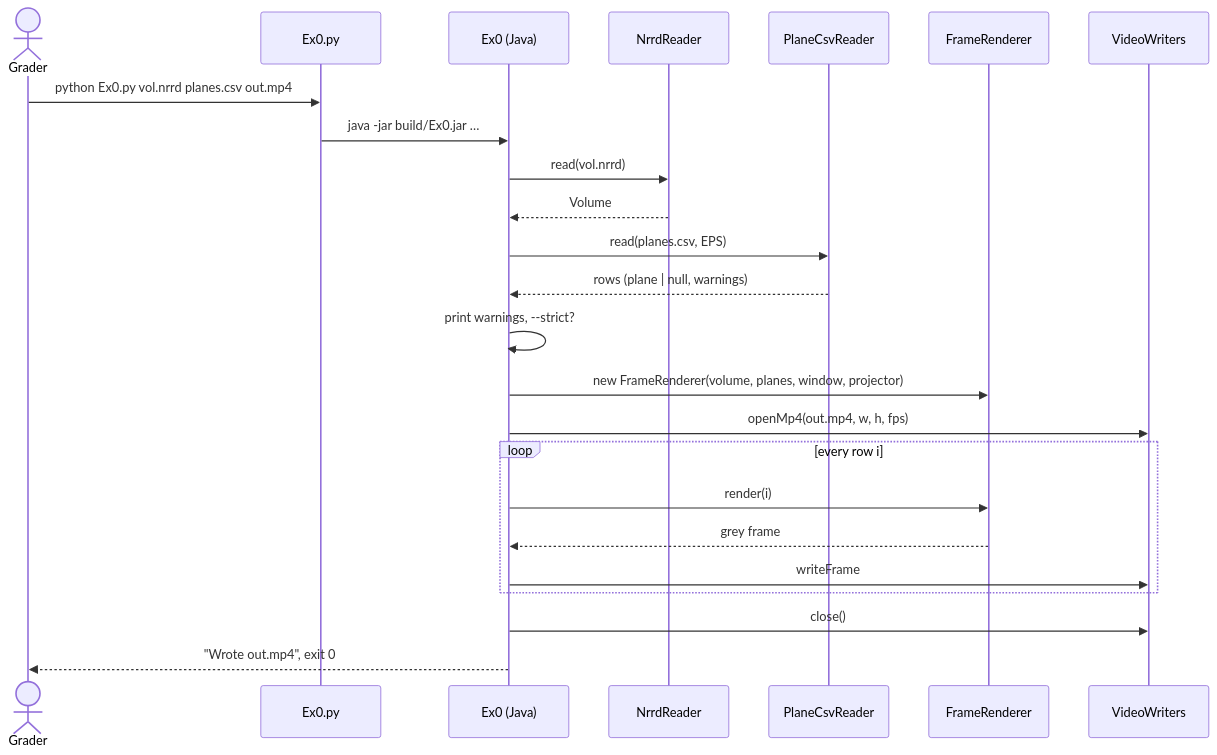
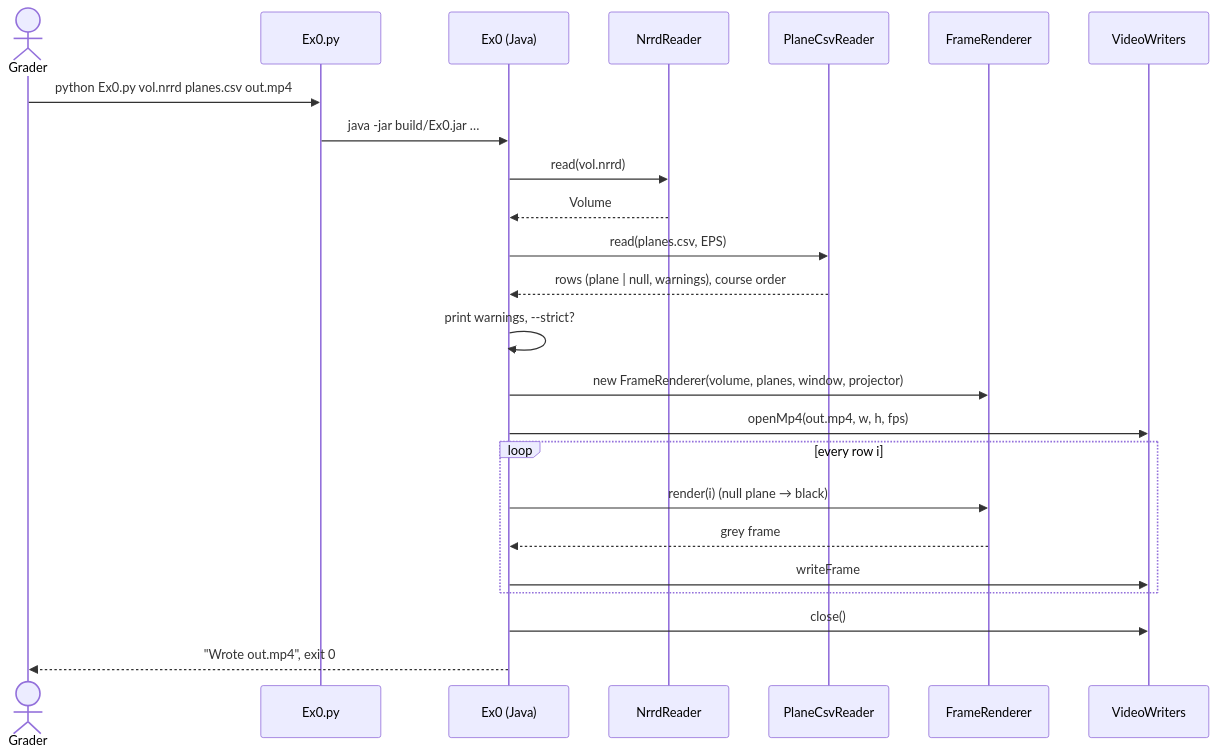
The fifth of 6 diagrams in docs/SDD.md (NoamTheGolem/Intro2SE_Ex1), drawn with Mermaid before and after one commit. The commit also changed other lines of this file and 24 other files, not shown here.

````diff
--- a/docs/SDD.md
+++ b/docs/SDD.md
@@ -224,26 +294,26 @@
 ```mermaid
 sequenceDiagram
     actor G as Grader
     participant P as Ex0.py
     participant E as Ex0 (Java)
     participant N as NrrdReader
     participant C as PlaneCsvReader
     participant R as FrameRenderer
     participant W as VideoWriters
     G->>P: python Ex0.py vol.nrrd planes.csv out.mp4
     P->>E: java -jar build/Ex0.jar …
     E->>N: read(vol.nrrd)
     N-->>E: Volume
     E->>C: read(planes.csv, EPS)
-    C-->>E: rows (plane | null, warnings)
+    C-->>E: rows (plane | null, warnings), course order
     E->>E: print warnings, --strict?
     E->>R: new FrameRenderer(volume, planes, window, projector)
     E->>W: openMp4(out.mp4, w, h, fps)
     loop every row i
-        E->>R: render(i)
+        E->>R: render(i)  (null plane → black)
         R-->>E: grey frame
         E->>W: writeFrame
     end
     E->>W: close()
     E-->>G: "Wrote out.mp4", exit 0
 ```
````
